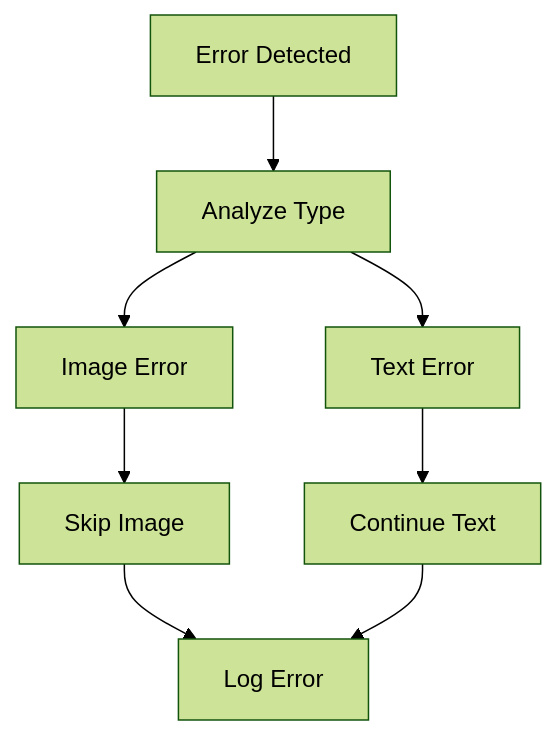
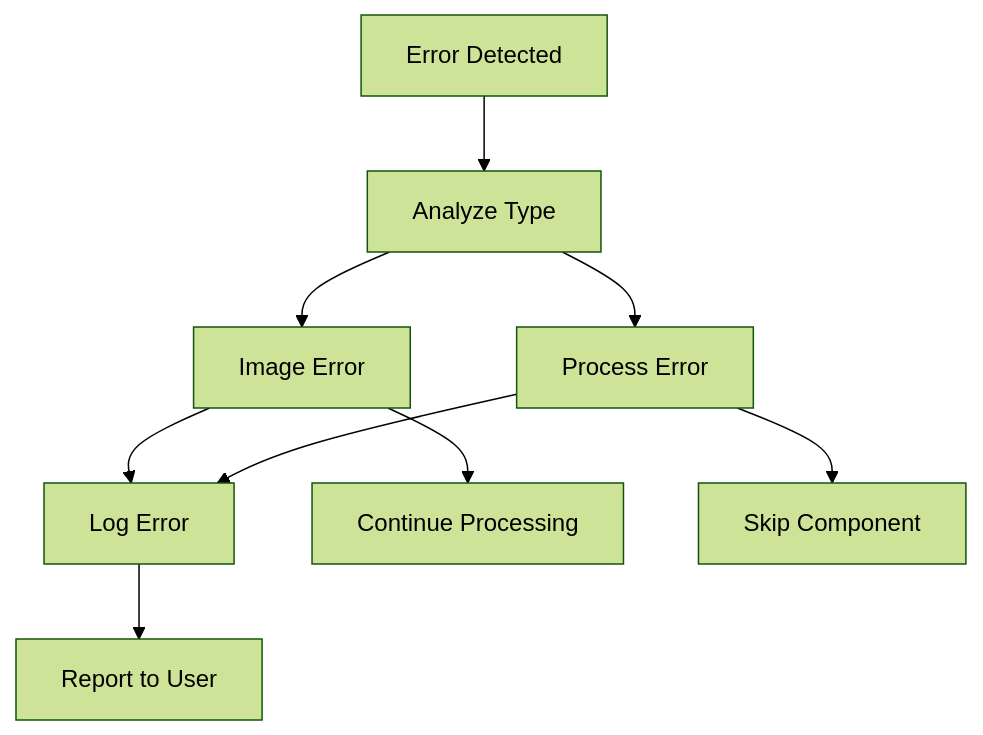
The fourth of 8 diagrams in memory-bank/systemPatterns.md (Shades-24/pdf2md-core), drawn with Mermaid (forest theme) before and after one commit. The commit also changed other lines of this file and 25 other files, not shown here.

````diff
--- a/memory-bank/systemPatterns.md
+++ b/memory-bank/systemPatterns.md
@@ -80,10 +101,11 @@
    ```mermaid
    flowchart TD
      Error[Error Detected] --> Analyze[Analyze Type]
      Analyze --> Image[Image Error]
-     Analyze --> Text[Text Error]
-     Image --> Skip[Skip Image]
-     Text --> Continue[Continue Text]
-     Skip --> Log[Log Error]
-     Continue --> Log
+     Analyze --> Process[Process Error]
+     Image --> Log[Log Error]
+     Image --> Continue[Continue Processing]
+     Process --> Log
+     Process --> Skip[Skip Component]
+     Log --> Report[Report to User]
    ```
````
